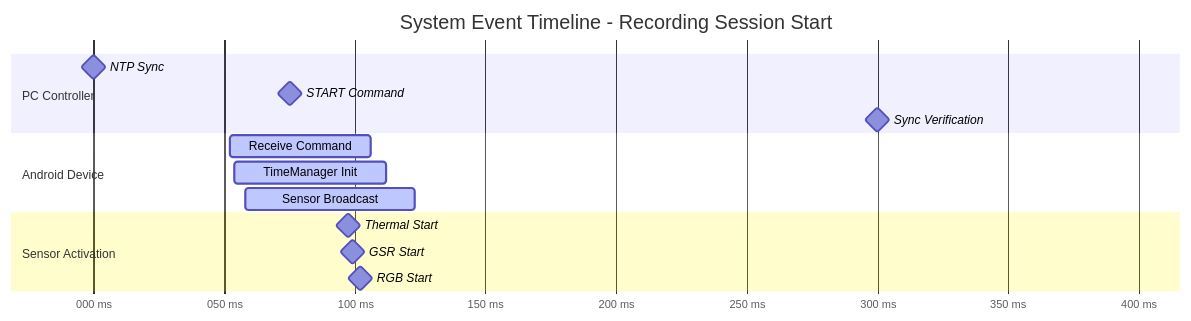
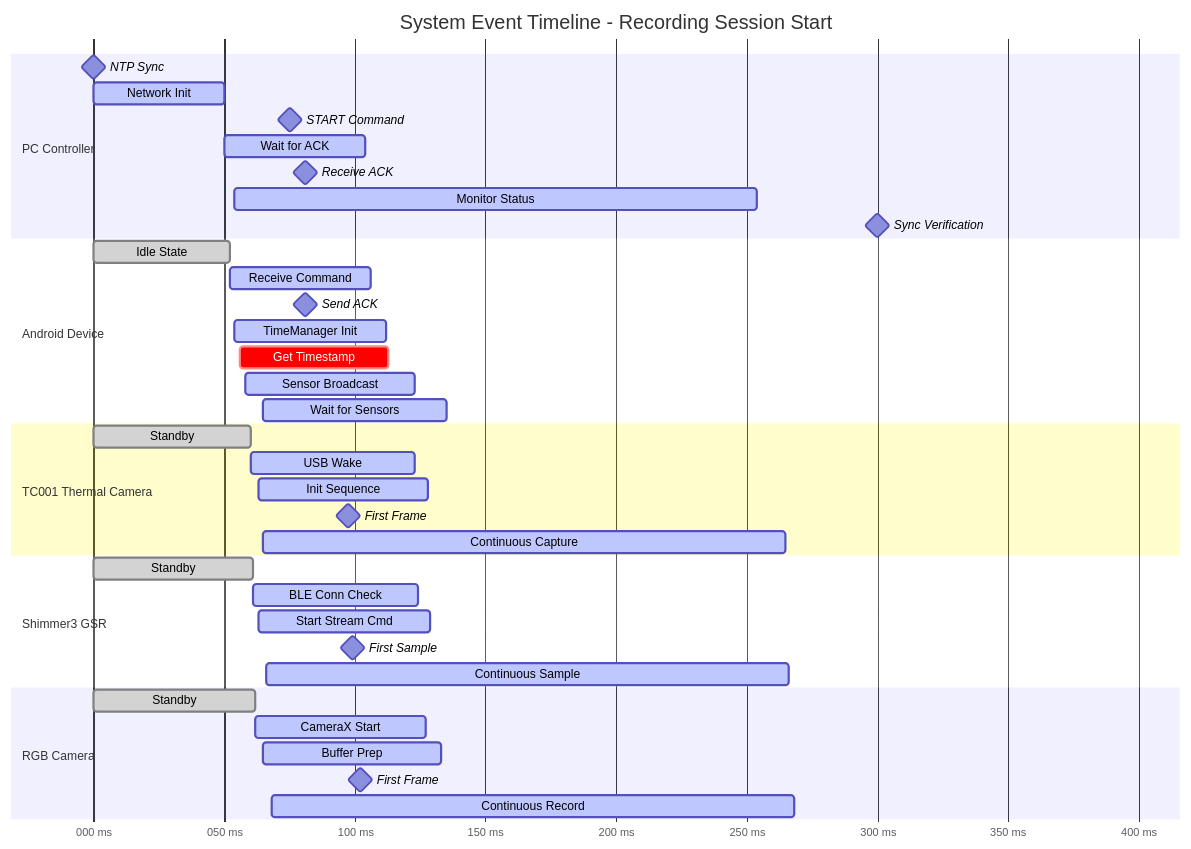
One commit to uclgsr/IRCamera changed the first of 2 diagrams in docs/chapter5/system_event_timeline_diagram.md. Above: the diagram before and after it, drawn with Mermaid. The commit also changed other lines of this file and 5 other files, not shown here.

First line of the commit message:
Enhance Chapter 5 diagrams with more detailed visualizations

````diff
--- a/docs/chapter5/system_event_timeline_diagram.md
+++ b/docs/chapter5/system_event_timeline_diagram.md
@@ -5,21 +5,45 @@
 ```mermaid
 gantt
     title System Event Timeline - Recording Session Start
     dateFormat X
     axisFormat %L ms
 
     section PC Controller
     NTP Sync           :milestone, ntp, 0, 0ms
+    Network Init       :active, netinit, 0, 50ms
     START Command      :milestone, start, 50, 50ms
+    Wait for ACK       :active, wait, 50, 54ms
+    Receive ACK        :milestone, ack, 54, 54ms
+    Monitor Status     :active, monitor, 54, 200ms
     Sync Verification  :milestone, verify, 200, 200ms
 
     section Android Device
+    Idle State         :done, idle, 0, 52ms
     Receive Command    :active, recv, 52, 54ms
+    Send ACK           :milestone, sendack, 54, 54ms
     TimeManager Init   :active, init, 54, 58ms
+    Get Timestamp      :crit, timestamp, 56, 57ms
     Sensor Broadcast   :active, coord, 58, 65ms
+    Wait for Sensors   :active, waitsens, 65, 70ms
 
-    section Sensor Activation
-    Thermal Start      :milestone, therm, 65, 65ms
-    GSR Start          :milestone, gsr, 66, 66ms
-    RGB Start          :milestone, rgb, 68, 68ms
+    section TC001 Thermal Camera
+    Standby            :done, tstby, 0, 60ms
+    USB Wake           :active, twake, 60, 63ms
+    Init Sequence      :active, tinit, 63, 65ms
+    First Frame        :milestone, therm, 65, 65ms
+    Continuous Capture :active, tcap, 65, 200ms
+
+    section Shimmer3 GSR
+    Standby            :done, gstby, 0, 61ms
+    BLE Conn Check     :active, gble, 61, 63ms
+    Start Stream Cmd   :active, gstream, 63, 66ms
+    First Sample       :milestone, gsr, 66, 66ms
+    Continuous Sample  :active, gsamp, 66, 200ms
+
+    section RGB Camera
+    Standby            :done, rstby, 0, 62ms
+    CameraX Start      :active, rstart, 62, 65ms
+    Buffer Prep        :active, rbuf, 65, 68ms
+    First Frame        :milestone, rgb, 68, 68ms
+    Continuous Record  :active, rrec, 68, 200ms
 ```
````
